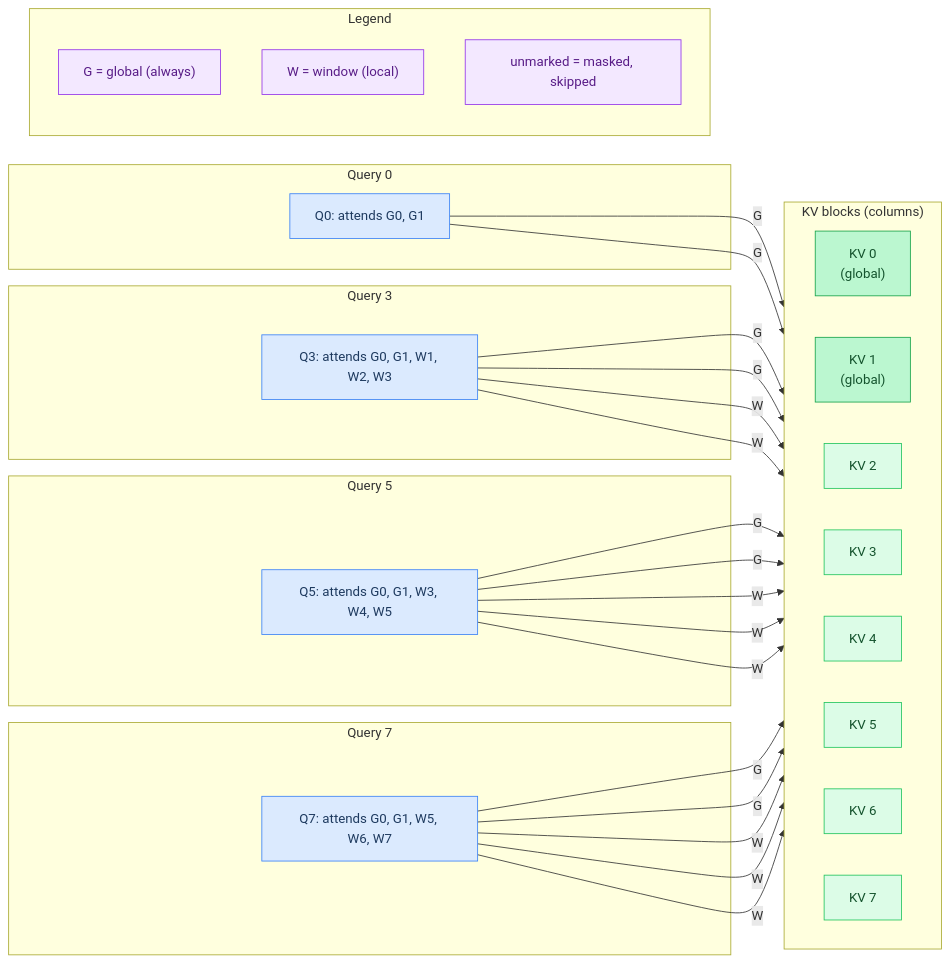
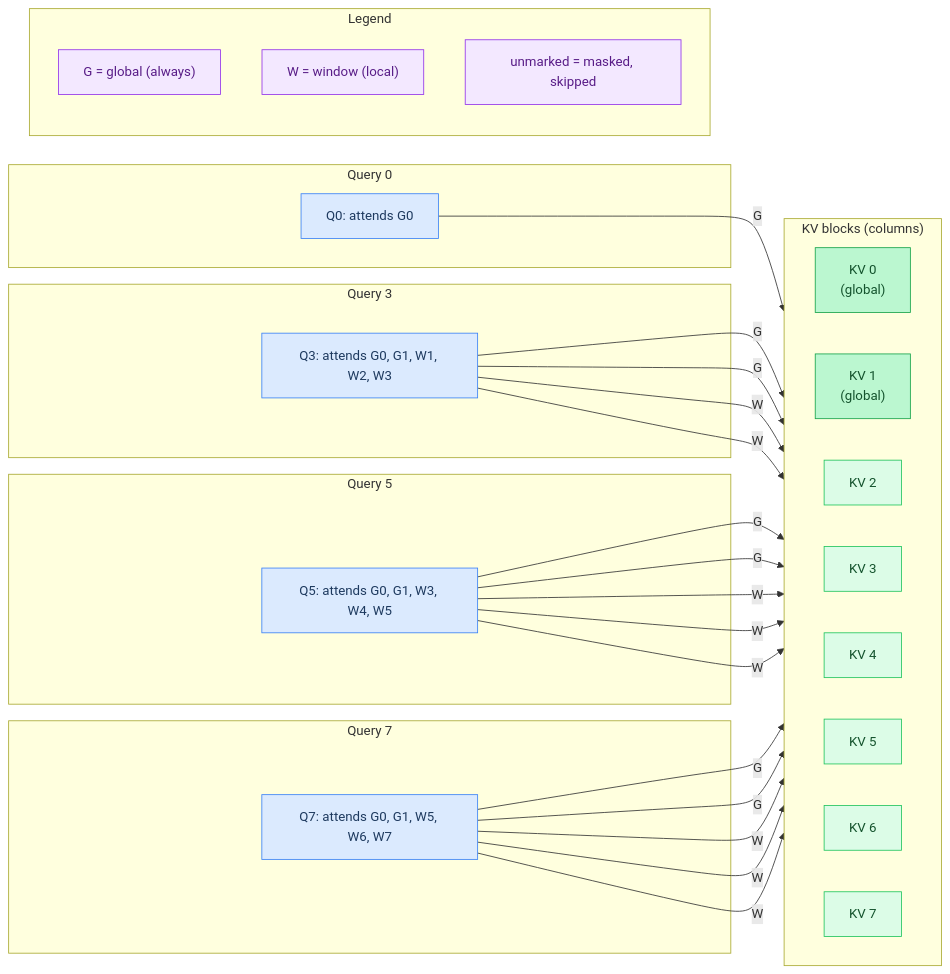
The second of 7 diagrams in docs/tutorial/19-pflash-and-block-sparse.md (maci0/agave), drawn with Mermaid before and after one commit. The commit also changed 28 other files, not shown here.

````diff
--- a/docs/tutorial/19-pflash-and-block-sparse.md
+++ b/docs/tutorial/19-pflash-and-block-sparse.md
@@ -74,73 +74,72 @@
 ```mermaid
 flowchart LR
     classDef setup     fill:#dbeafe,stroke:#3b82f6,color:#1e3a5f
     classDef sync      fill:#dcfce7,stroke:#22c55e,color:#14532d
     classDef migration fill:#fef9c3,stroke:#eab308,color:#713f12
     classDef success   fill:#bbf7d0,stroke:#16a34a,color:#14532d
     classDef danger    fill:#fee2e2,stroke:#ef4444,color:#7f1d1d
     classDef optional  fill:#f3e8ff,stroke:#9333ea,color:#581c87
 
     K0["KV 0\n(global)"]:::success
     K1["KV 1\n(global)"]:::success
     K2["KV 2"]:::sync
     K3["KV 3"]:::sync
     K4["KV 4"]:::sync
     K5["KV 5"]:::sync
     K6["KV 6"]:::sync
     K7["KV 7"]:::sync
-    Q0n["Q0: attends G0, G1"]:::setup
+    Q0n["Q0: attends G0"]:::setup
     Q3n["Q3: attends G0, G1, W1, W2, W3"]:::setup
     Q5n["Q5: attends G0, G1, W3, W4, W5"]:::setup
     Q7n["Q7: attends G0, G1, W5, W6, W7"]:::setup
     LG["G = global (always)"]:::optional
     LW["W = window (local)"]:::optional
     LD["unmarked = masked, skipped"]:::optional
 
     subgraph KV["KV blocks (columns)"]
         direction LR
         K0
         K1
         K2
         K3
         K4
         K5
         K6
         K7
     end
 
     subgraph Q0["Query 0"]
         Q0n
     end
     subgraph Q3["Query 3"]
         Q3n
     end
     subgraph Q5["Query 5"]
         Q5n
     end
     subgraph Q7["Query 7"]
         Q7n
     end
 
     Q0n -->|"G"| K0
-    Q0n -->|"G"| K1
     Q3n -->|"G"| K0
     Q3n -->|"G"| K1
     Q3n -->|"W"| K2
     Q3n -->|"W"| K3
     Q5n -->|"G"| K0
     Q5n -->|"G"| K1
     Q5n -->|"W"| K3
     Q5n -->|"W"| K4
     Q5n -->|"W"| K5
     Q7n -->|"G"| K0
     Q7n -->|"G"| K1
     Q7n -->|"W"| K5
     Q7n -->|"W"| K6
     Q7n -->|"W"| K7
 
     subgraph Legend["Legend"]
         LG
         LW
         LD
     end
 ```
````
